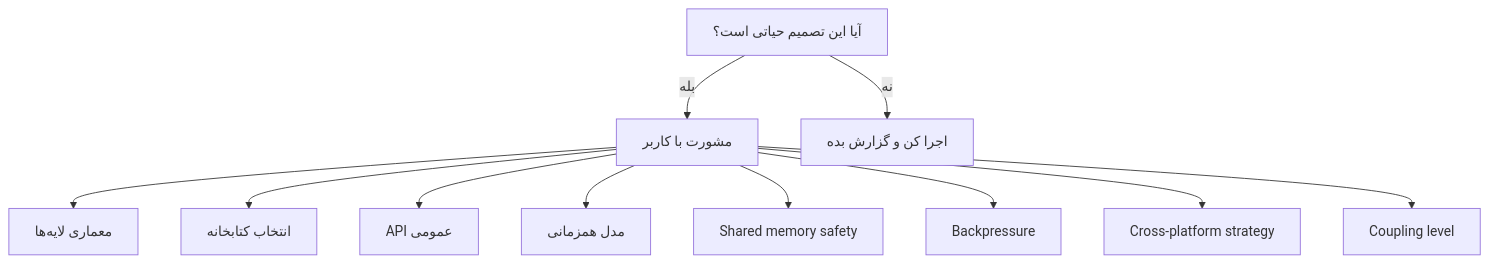
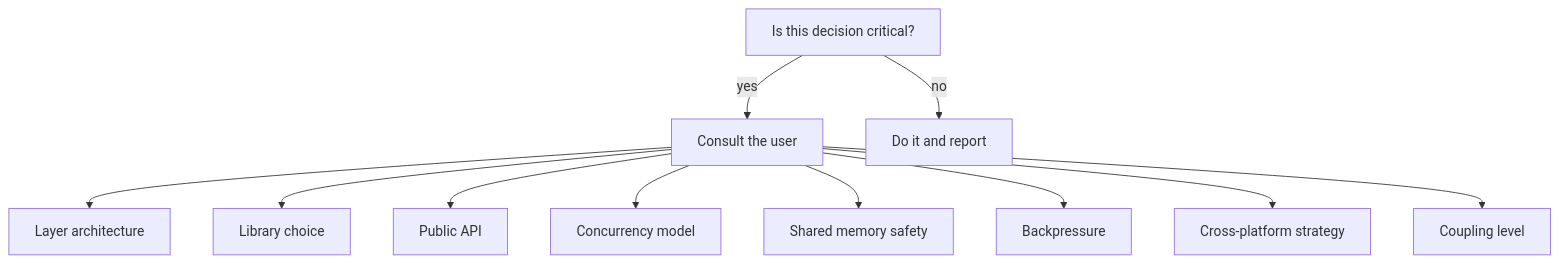
Before and after one commit to MohammadRaziei/httpp: the first of 3 diagrams in docs/agent.md, drawn with Mermaid. The commit also changed other lines of this file and 49 other files, not shown here.

````diff
--- a/docs/agent.md
+++ b/docs/agent.md
@@ -18,15 +19,15 @@
 ```mermaid
 graph TB
-    Q[آیا این تصمیم حیاتی است؟]
-    Q -->|بله| A[مشورت با کاربر]
-    Q -->|نه| B[اجرا کن و گزارش بده]
+    Q[Is this decision critical?]
+    Q -->|yes| A[Consult the user]
+    Q -->|no| B[Do it and report]
 
-    A --> A1[معماری لایه‌ها]
-    A --> A2[انتخاب کتابخانه]
-    A --> A3[API عمومی]
-    A --> A4[مدل همزمانی]
+    A --> A1[Layer architecture]
+    A --> A2[Library choice]
+    A --> A3[Public API]
+    A --> A4[Concurrency model]
     A --> A5[Shared memory safety]
     A --> A6[Backpressure]
     A --> A7[Cross-platform strategy]
     A --> A8[Coupling level]
 ```
````
